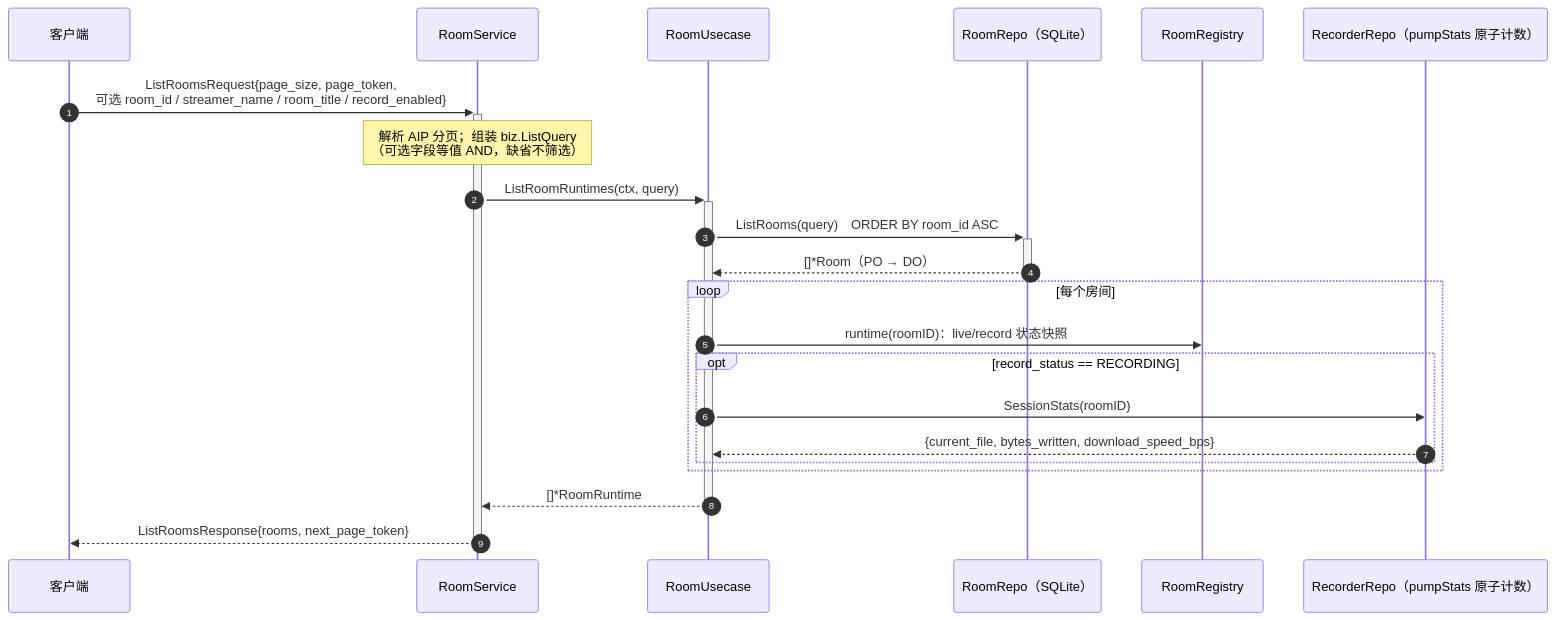
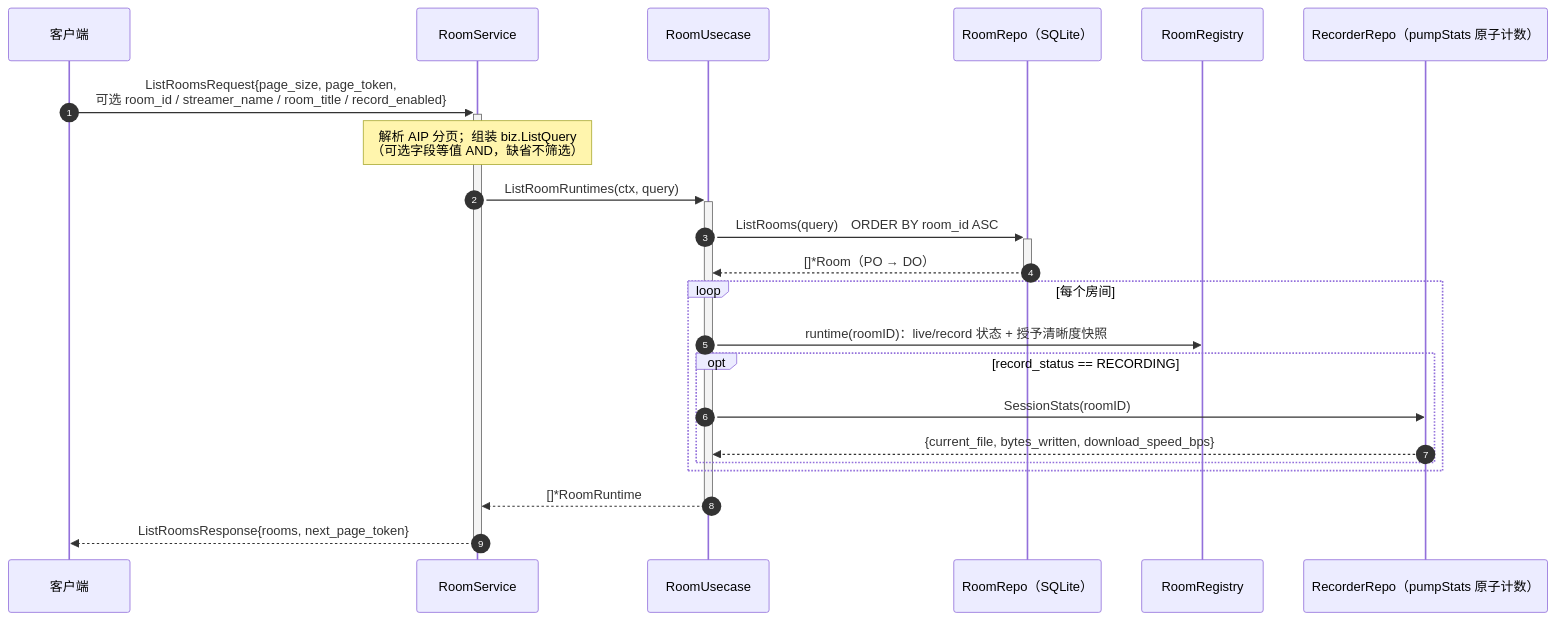
The sixth of 10 diagrams in docs/design/architecture-diagrams.md (xgbt/suika), drawn with Mermaid before and after one commit. The commit also changed other lines of this file and 4 other files, not shown here.

````diff
--- a/docs/design/architecture-diagrams.md
+++ b/docs/design/architecture-diagrams.md
@@ -281,25 +295,25 @@
 ```mermaid
 sequenceDiagram
     autonumber
     participant C as 客户端
     participant S as RoomService
     participant U as RoomUsecase
     participant R as RoomRepo（SQLite）
     participant G as RoomRegistry
     participant RR as RecorderRepo（pumpStats 原子计数）
 
     C->>+S: ListRoomsRequest{page_size, page_token,<br/>可选 room_id / streamer_name / room_title / record_enabled}
     Note over S: 解析 AIP 分页；组装 biz.ListQuery<br/>（可选字段等值 AND，缺省不筛选）
     S->>+U: ListRoomRuntimes(ctx, query)
     U->>+R: ListRooms(query)　ORDER BY room_id ASC
     R-->>-U: []*Room（PO → DO）
     loop 每个房间
-        U->>G: runtime(roomID)：live/record 状态快照
+        U->>G: runtime(roomID)：live/record 状态 + 授予清晰度快照
         opt record_status == RECORDING
             U->>RR: SessionStats(roomID)
             RR-->>U: {current_file, bytes_written, download_speed_bps}
         end
     end
     U-->>-S: []*RoomRuntime
     S-->>-C: ListRoomsResponse{rooms, next_page_token}
 ```
````
